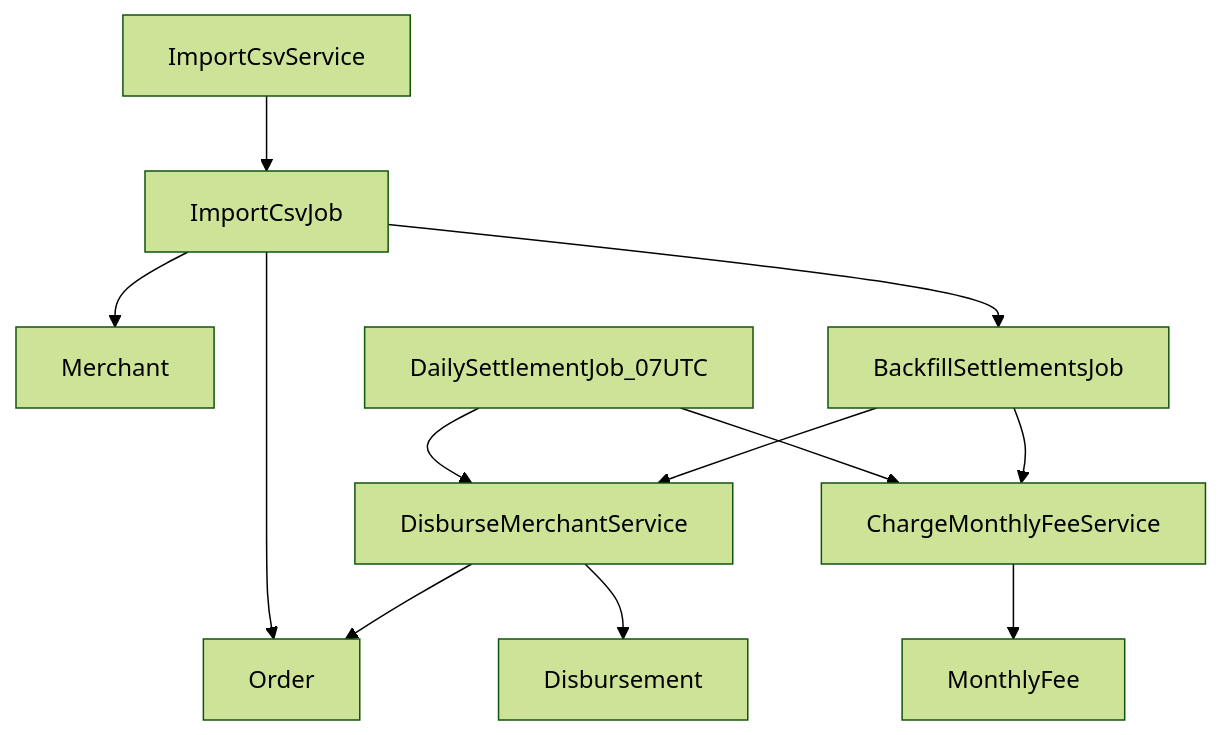
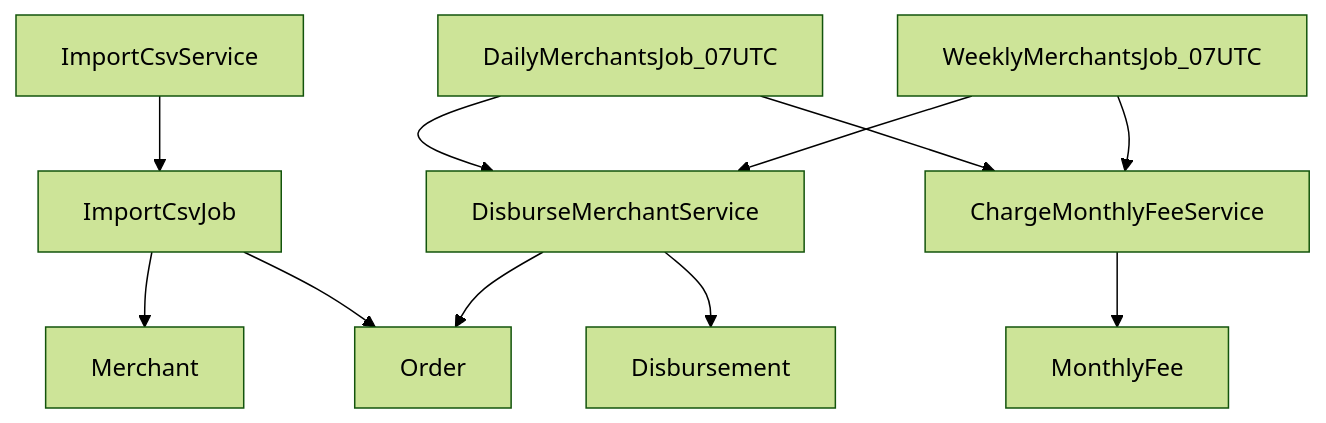
One commit to rafael-pissardo/lagom changed the diagram in docs/planning.md. Above: the diagram before and after it, drawn with Mermaid (forest theme). The commit also changed other lines of this file and 24 other files, not shown here.

First line of the commit message:
Reject stored CSV rows and settle daily and weekly merchants in separate jobs.

````diff
--- a/docs/planning.md
+++ b/docs/planning.md
@@ -60,14 +60,13 @@
 ```mermaid
 flowchart TD
   upload[ImportCsvService] --> importJob[ImportCsvJob]
   importJob --> merchants[Merchant]
   importJob --> orders[Order]
-  importJob --> backfill[BackfillSettlementsJob]
-  cron[DailySettlementJob_07UTC] --> disburse[DisburseMerchantService]
-  cron --> monthly[ChargeMonthlyFeeService]
-  backfill --> disburse
-  backfill --> monthly
+  daily[DailyMerchantsJob_07UTC] --> disburse[DisburseMerchantService]
+  weekly[WeeklyMerchantsJob_07UTC] --> disburse
+  daily --> monthly[ChargeMonthlyFeeService]
+  weekly --> monthly
   disburse --> disbursements[Disbursement]
   disburse --> orders
   monthly --> fees[MonthlyFee]
 ```
````
